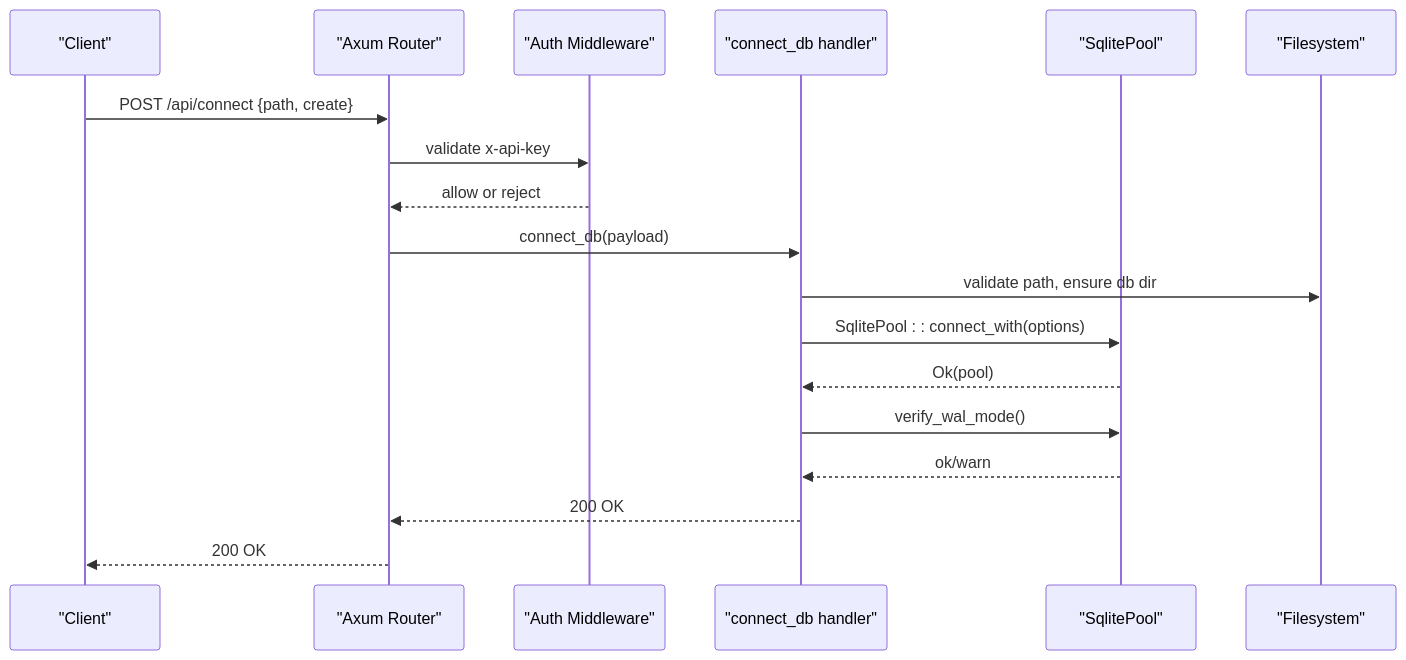
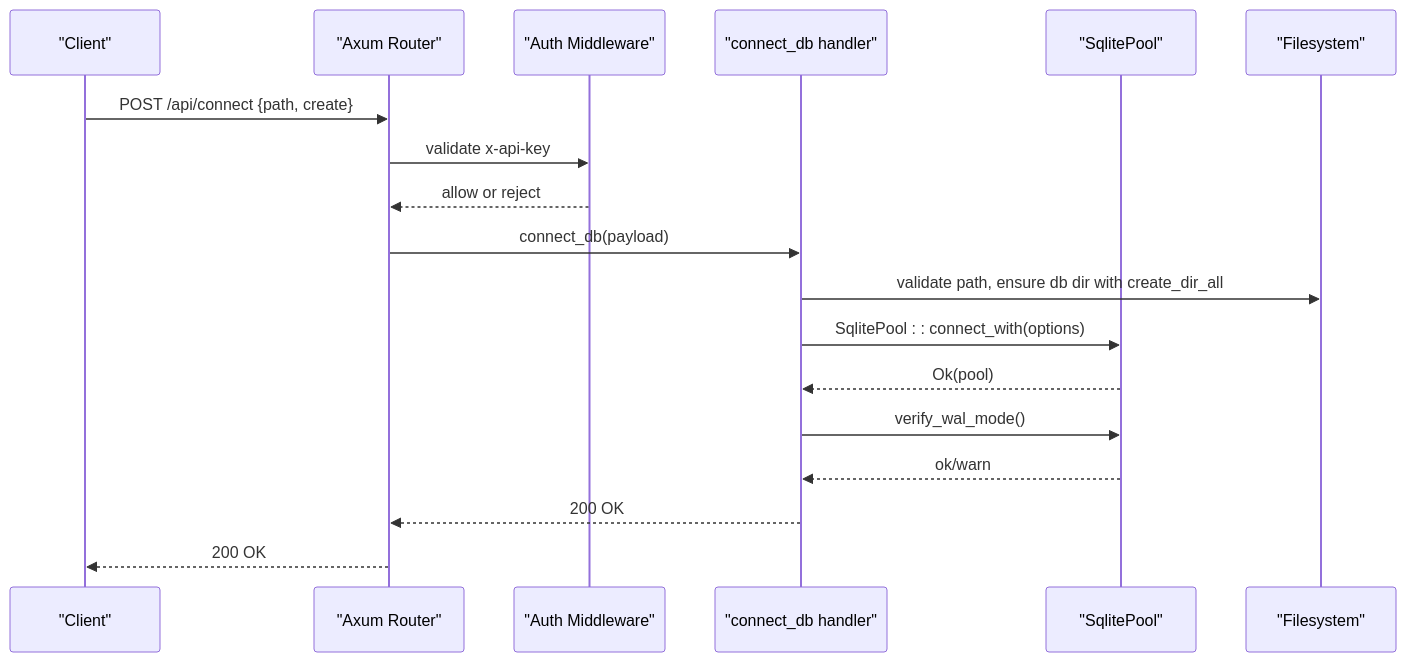
One commit to sutanto1010/crablite changed the second of 8 diagrams in .qoder/repowiki/en/content/Backend Development/Backend Development.md. Above: the diagram before and after it, drawn with Mermaid. The commit also changed other lines of this file and 47 other files, not shown here.

````diff
--- a/.qoder/repowiki/en/content/Backend Development/Backend Development.md
+++ b/.qoder/repowiki/en/content/Backend Development/Backend Development.md
@@ -89,20 +100,20 @@
 ```mermaid
 sequenceDiagram
 participant Client as "Client"
 participant Axum as "Axum Router"
 participant Auth as "Auth Middleware"
 participant ConnH as "connect_db handler"
 participant Pool as "SqlitePool"
 participant FS as "Filesystem"
 Client->>Axum : POST /api/connect {path, create}
 Axum->>Auth : validate x-api-key
 Auth-->>Axum : allow or reject
 Axum->>ConnH : connect_db(payload)
-ConnH->>FS : validate path, ensure db dir
+ConnH->>FS : validate path, ensure db dir with create_dir_all
 ConnH->>Pool : SqlitePool : : connect_with(options)
 Pool-->>ConnH : Ok(pool)
 ConnH->>Pool : verify_wal_mode()
 Pool-->>ConnH : ok/warn
 ConnH-->>Axum : 200 OK
 Axum-->>Client : 200 OK
 ```
````
